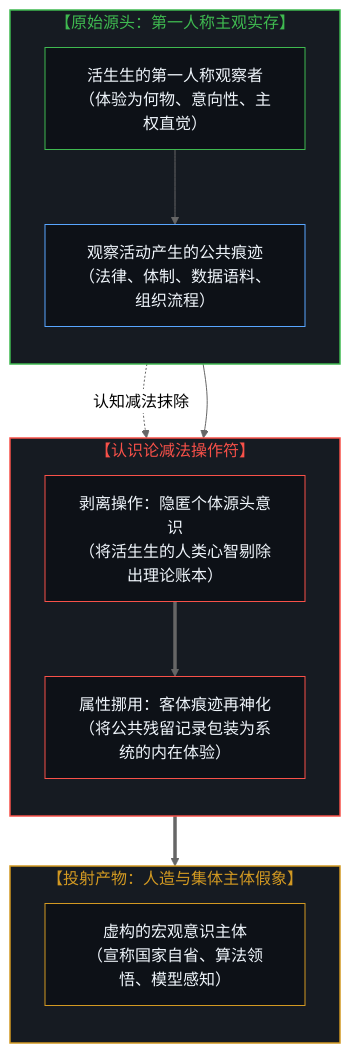
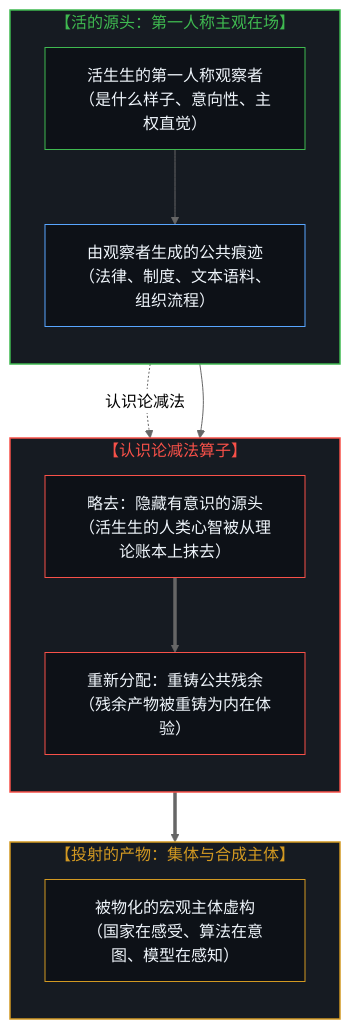
One commit to powerpig99/not-a-toe changed the third of 10 diagrams in content/posts/subtracting-consciousness-at-the-source.md. Above: the diagram before and after it, drawn with Mermaid (neutral theme). The commit also changed other lines of this file and 2 other files, not shown here.

Commit message:
Wave 2 L2 node 17 refinement: subtracting-consciousness-at-the-source

````diff
--- a/content/posts/subtracting-consciousness-at-the-source.md
+++ b/content/posts/subtracting-consciousness-at-the-source.md
@@ -71,32 +71,32 @@
 ```mermaid
 graph TD
-    subgraph S_LivingSource["【原始源头：第一人称主观实存】"]
+    subgraph S_LivingSource["【活的源头：第一人称主观在场】"]
         direction TB
-        LS1["活生生的第一人称观察者<br/>（体验为何物、意向性、主权直觉）"] --> LS2["观察活动产生的公共痕迹<br/>（法律、体制、数据语料、组织流程）"]
+        LSE1["活生生的第一人称观察者<br/>（是什么样子、意向性、主权直觉）"] --> LSE2["由观察者生成的公共痕迹<br/>（法律、制度、文本语料、组织流程）"]
     end
 
-    subgraph S_Subtraction["【认识论减法操作符】"]
+    subgraph S_Subtraction["【认识论减法算子】"]
         direction TB
-        SUB1["剥离操作：隐匿个体源头意识<br/>（将活生生的人类心智剔除出理论账本）"]
-        SUB2["属性挪用：客体痕迹再神化<br/>（将公共残留记录包装为系统的内在体验）"]
-        SUB1 ==> SUB2
+        SUBE1["略去：隐藏有意识的源头<br/>（活生生的人类心智被从理论账本上抹去）"]
+        SUBE2["重新分配：重铸公共残余<br/>（残余产物被重铸为内在体验）"]
+        SUBE1 ==> SUBE2
     end
 
-    subgraph S_SpuriousMind["【投射产物：人造与集体主体假象】"]
+    subgraph S_SpuriousMind["【投射的产物：集体与合成主体】"]
         direction TB
-        SM1["虚构的宏观意识主体<br/>（宣称国家自省、算法领悟、模型感知）"]
+        SME1["被物化的宏观主体虚构<br/>（国家在感受、算法在意图、模型在感知）"]
     end
 
-    LS1 -.->|"认知减法抹除"| SUB1
-    LS2 --> SUB2
-    SUB2 ==> SM1
+    LSE1 -.->|"认识论减法"| SUBE1
+    LSE2 --> SUBE2
+    SUBE2 ==> SME1
 
     style S_LivingSource fill:#161b22,stroke:#3fb950,stroke-width:1.5px,color:#3fb950
     style S_Subtraction fill:#161b22,stroke:#f85149,stroke-width:1.5px,color:#f85149
     style S_SpuriousMind fill:#161b22,stroke:#d29922,stroke-width:1.5px,color:#d29922
-    style LS1 fill:#0d1117,stroke:#3fb950,stroke-width:1px,color:#f0f6fc
-    style LS2 fill:#0d1117,stroke:#58a6ff,stroke-width:1px,color:#f0f6fc
-    style SUB1 fill:#0d1117,stroke:#f85149,stroke-width:1px,color:#f0f6fc
-    style SUB2 fill:#0d1117,stroke:#f85149,stroke-width:1px,color:#f0f6fc
-    style SM1 fill:#0d1117,stroke:#d29922,stroke-width:1px,color:#f0f6fc
+    style LSE1 fill:#0d1117,stroke:#3fb950,stroke-width:1px,color:#f0f6fc
+    style LSE2 fill:#0d1117,stroke:#58a6ff,stroke-width:1px,color:#f0f6fc
+    style SUBE1 fill:#0d1117,stroke:#f85149,stroke-width:1px,color:#f0f6fc
+    style SUBE2 fill:#0d1117,stroke:#f85149,stroke-width:1px,color:#f0f6fc
+    style SME1 fill:#0d1117,stroke:#d29922,stroke-width:1px,color:#f0f6fc
 ```
````
